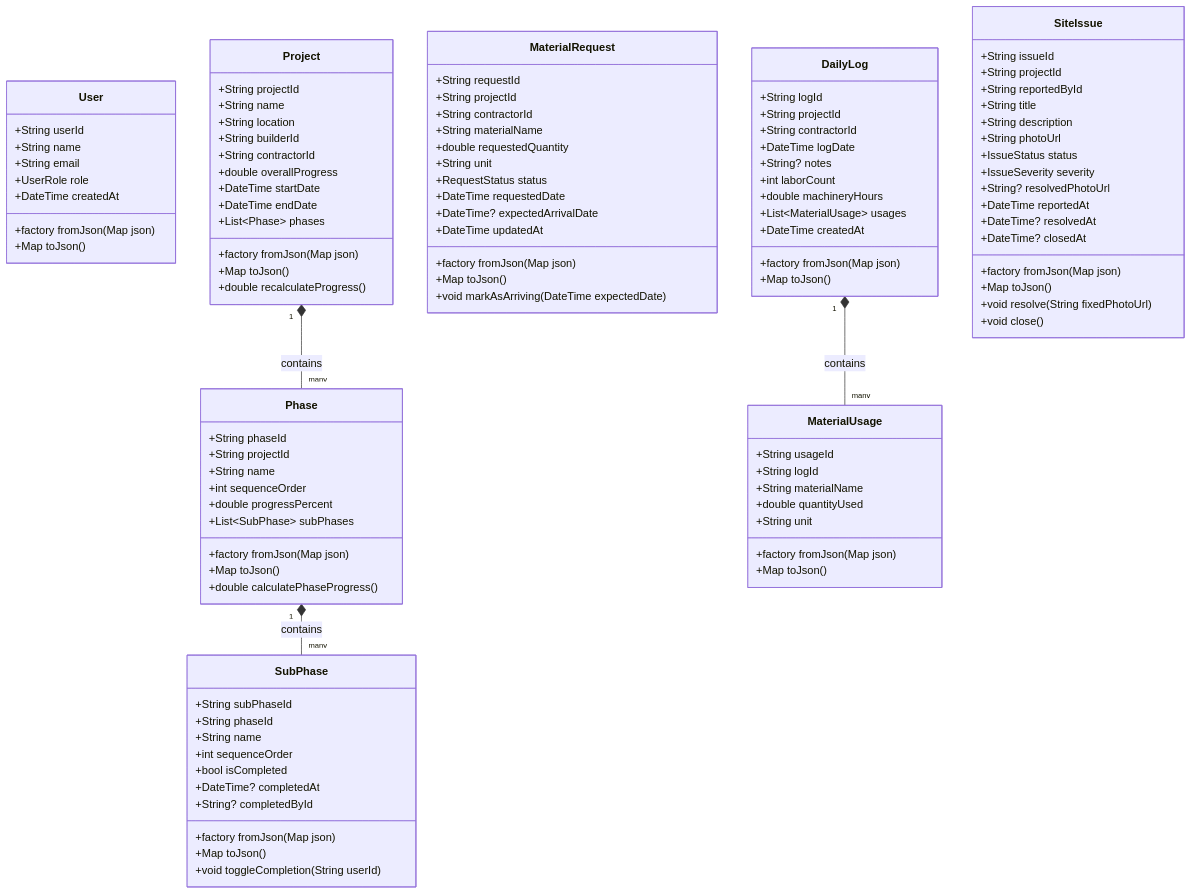
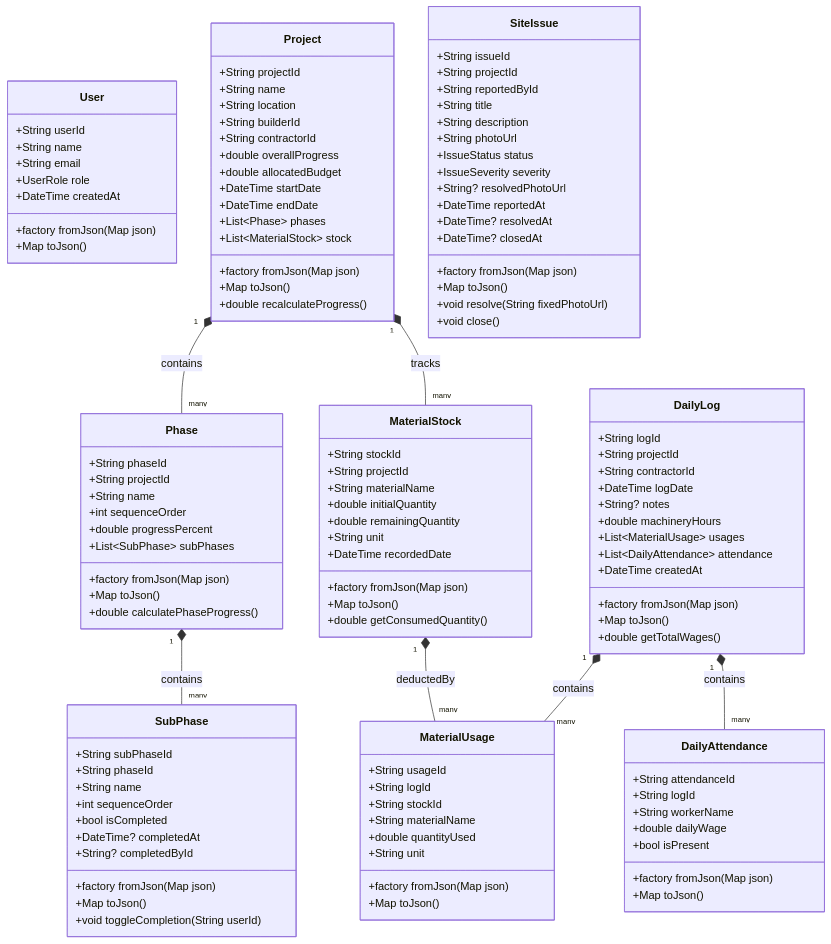
The second of 2 diagrams in system_design/04_class_diagram_database.md (DivyaJaviya01/BuildEx_app), drawn with Mermaid before and after one commit. The commit also changed other lines of this file and 16 other files, not shown here.

Commit message:
docs: synchronize system design and map page redirection flow

````diff
--- a/system_design/04_class_diagram_database.md
+++ b/system_design/04_class_diagram_database.md
@@ -265,9 +285,11 @@
         +String builderId
         +String contractorId
         +double overallProgress
+        +double allocatedBudget
         +DateTime startDate
         +DateTime endDate
         +List~Phase~ phases
+        +List~MaterialStock~ stock
         +factory fromJson(Map json)
         +Map toJson()
         +double recalculateProgress()
@@ -298,20 +320,17 @@
         +void toggleCompletion(String userId)
     }
 
-    class MaterialRequest {
-        +String requestId
+    class MaterialStock {
+        +String stockId
         +String projectId
-        +String contractorId
         +String materialName
-        +double requestedQuantity
+        +double initialQuantity
+        +double remainingQuantity
         +String unit
-        +RequestStatus status
-        +DateTime requestedDate
-        +DateTime? expectedArrivalDate
-        +DateTime updatedAt
+        +DateTime recordedDate
         +factory fromJson(Map json)
         +Map toJson()
-        +void markAsArriving(DateTime expectedDate)
+        +double getConsumedQuantity()
     }
 
     class DailyLog {
@@ -320,20 +339,32 @@
         +String contractorId
         +DateTime logDate
         +String? notes
-        +int laborCount
         +double machineryHours
         +List~MaterialUsage~ usages
+        +List~DailyAttendance~ attendance
         +DateTime createdAt
         +factory fromJson(Map json)
         +Map toJson()
+        +double getTotalWages()
     }
 
     class MaterialUsage {
         +String usageId
         +String logId
+        +String stockId
         +String materialName
         +double quantityUsed
         +String unit
+        +factory fromJson(Map json)
+        +Map toJson()
+    }
+
+    class DailyAttendance {
+        +String attendanceId
+        +String logId
+        +String workerName
+        +double dailyWage
+        +bool isPresent
         +factory fromJson(Map json)
         +Map toJson()
     }
@@ -360,5 +391,8 @@
     %% Associations
     Project "1" *-- "many" Phase : contains
     Phase "1" *-- "many" SubPhase : contains
+    Project "1" *-- "many" MaterialStock : tracks
     DailyLog "1" *-- "many" MaterialUsage : contains
+    DailyLog "1" *-- "many" DailyAttendance : contains
+    MaterialStock "1" *-- "many" MaterialUsage : deductedBy
 ```
````
